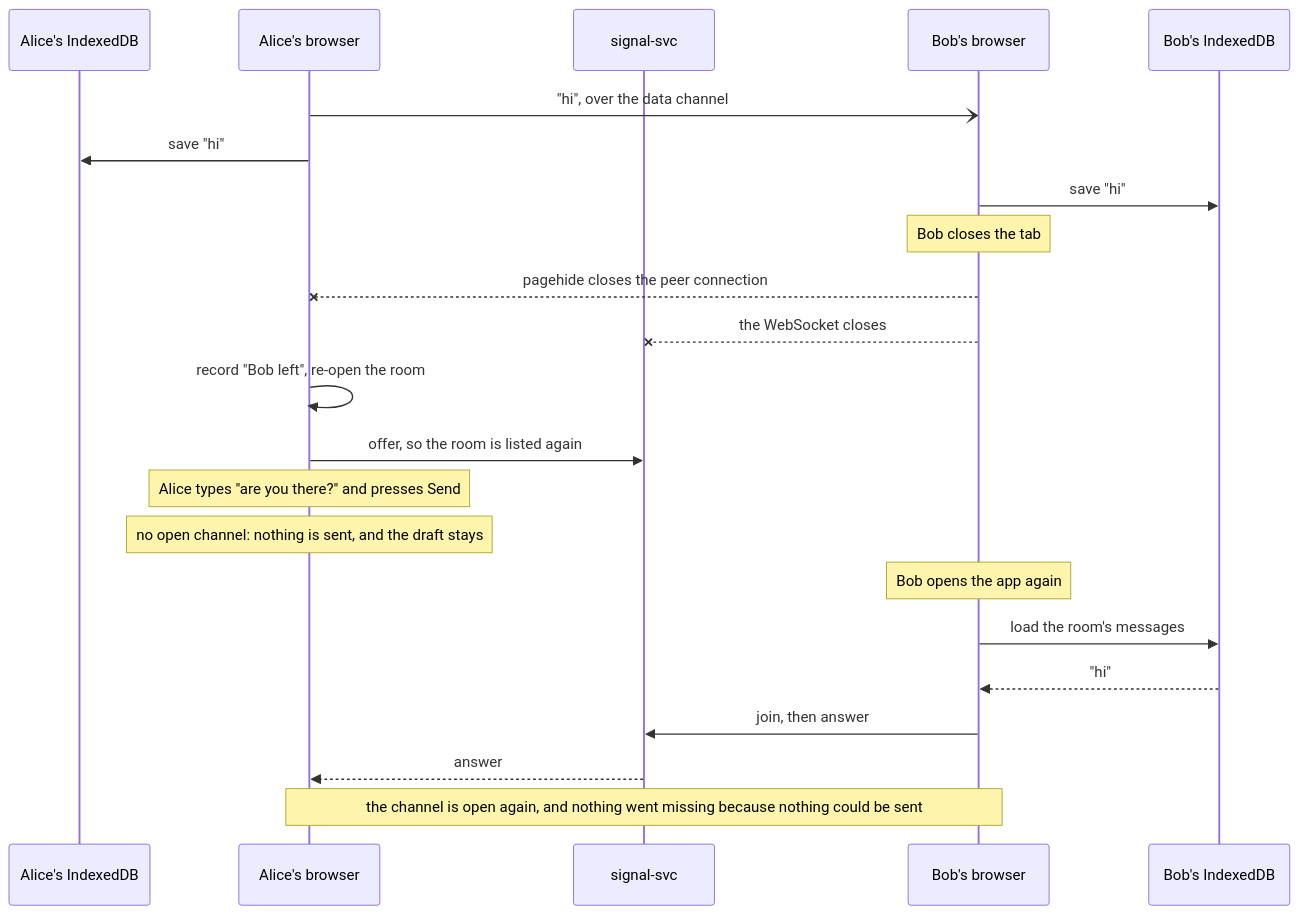
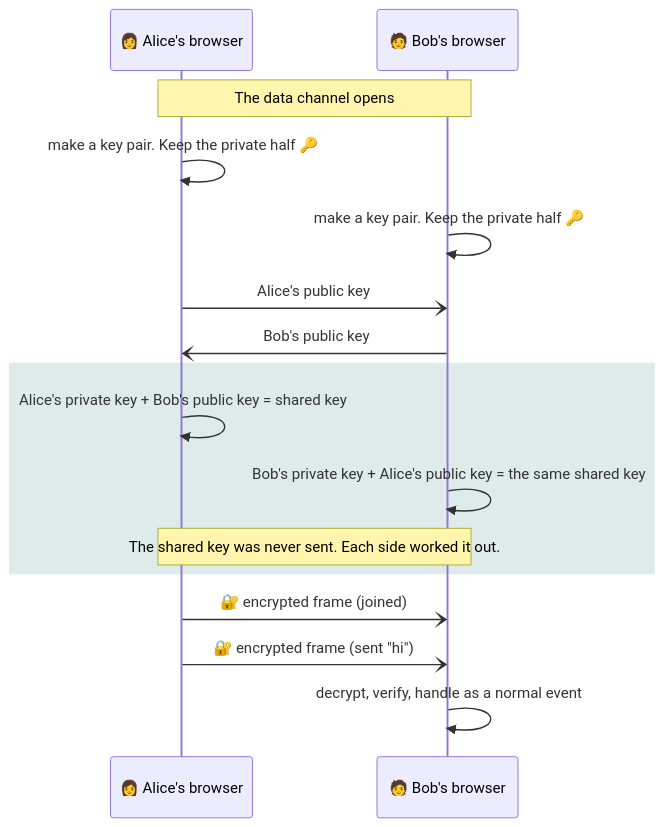
Diagram 20 of 24 in README.md (LitHaxor/webRTC-mesh-chat), drawn with Mermaid before and after one commit. The commit also changed other lines of this file and 14 other files, not shown here.

Commit message:
Rewrite the README with charts, screenshots and recordings

````diff
--- a/README.md
+++ b/README.md
@@ -365,25 +964,19 @@
 ```mermaid
 sequenceDiagram
-  participant DA as Alice's IndexedDB
-  participant A as Alice's browser
-  participant S as signal-svc
-  participant B as Bob's browser
-  participant DB as Bob's IndexedDB
+  participant A as 👩 Alice's browser
+  participant B as 🧑 Bob's browser
 
-  A-)B: "hi", over the data channel
-  A->>DA: save "hi"
-  B->>DB: save "hi"
-  Note over B: Bob closes the tab
-  B--xA: pagehide closes the peer connection
-  B--xS: the WebSocket closes
-  A->>A: record "Bob left", re-open the room
-  A->>S: offer, so the room is listed again
-  Note over A: Alice types "are you there?" and presses Send
-  Note over A: no open channel: nothing is sent, and the draft stays
-  Note over B: Bob opens the app again
-  B->>DB: load the room's messages
-  DB-->>B: "hi"
-  B->>S: join, then answer
-  S-->>A: answer
-  Note over A,B: the channel is open again, and nothing went missing because nothing could be sent
+  Note over A,B: The data channel opens
+  A->>A: make a key pair. Keep the private half 🔑
+  B->>B: make a key pair. Keep the private half 🔑
+  A-)B: Alice's public key
+  B-)A: Bob's public key
+  rect rgba(15, 118, 110, 0.14)
+    A->>A: Alice's private key + Bob's public key = shared key
+    B->>B: Bob's private key + Alice's public key = the same shared key
+    Note over A,B: The shared key was never sent. Each side worked it out.
+  end
+  A-)B: 🔐 encrypted frame (joined)
+  A-)B: 🔐 encrypted frame (sent "hi")
+  B->>B: decrypt, verify, handle as a normal event
 ```
````
